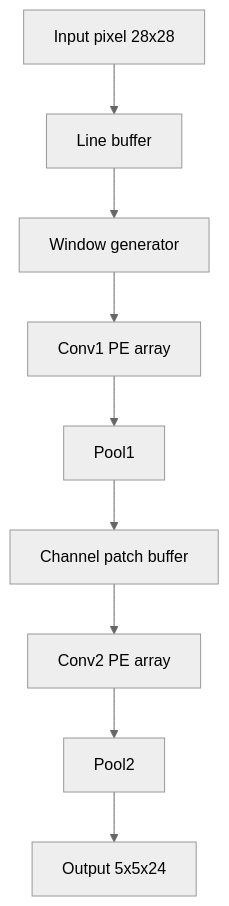
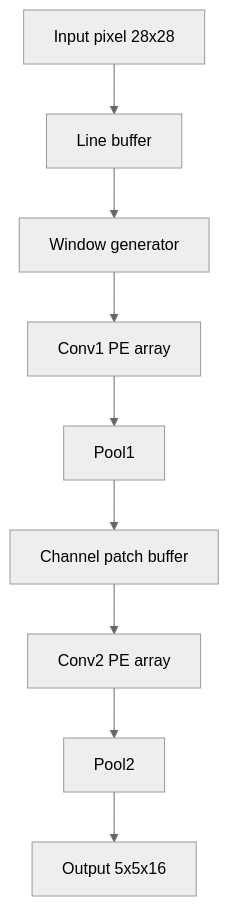
One commit to ThaoVVPTIT/Group4 changed the fourth of 4 diagrams in README.md. Above: the diagram before and after it, drawn with Mermaid (neutral theme). The commit also changed other lines of this file and 1 other file, not shown here.

````diff
--- a/README.md
+++ b/README.md
@@ -416,11 +431,11 @@
-```mermaid
-flowchart TD
-    A[Input pixel 28x28] --> B[Line buffer]
-    B --> C[Window generator]
-    C --> D[Conv1 PE array]
-    D --> E[Pool1]
-    E --> F[Channel patch buffer]
-    F --> G[Conv2 PE array]
-    G --> H[Pool2]
-    H --> I[Output 5x5x24]
-```
+   ```mermaid
+   flowchart TD
+      A[Input pixel 28x28] --> B[Line buffer]
+      B --> C[Window generator]
+      C --> D[Conv1 PE array]
+      D --> E[Pool1]
+      E --> F[Channel patch buffer]
+      F --> G[Conv2 PE array]
+      G --> H[Pool2]
+      H --> I[Output 5x5x16]
+   ```
````
